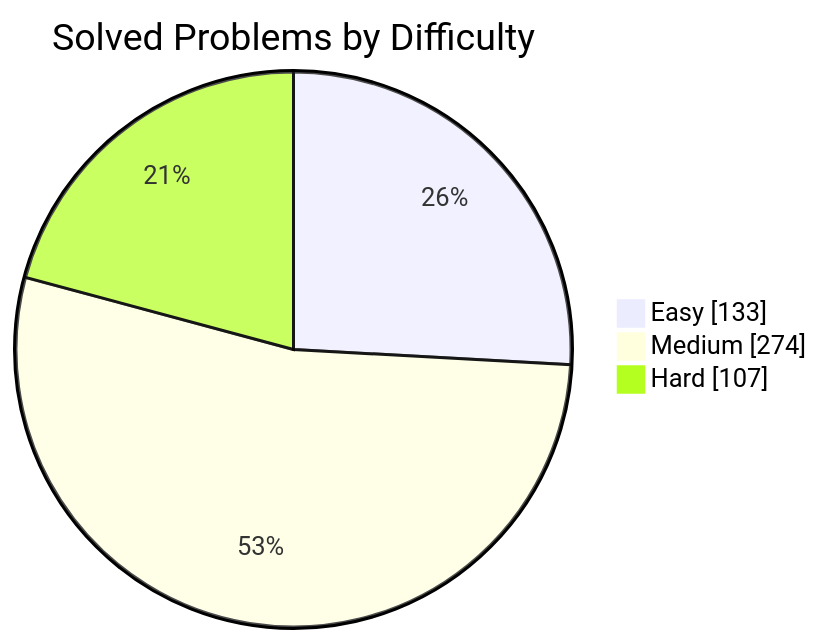
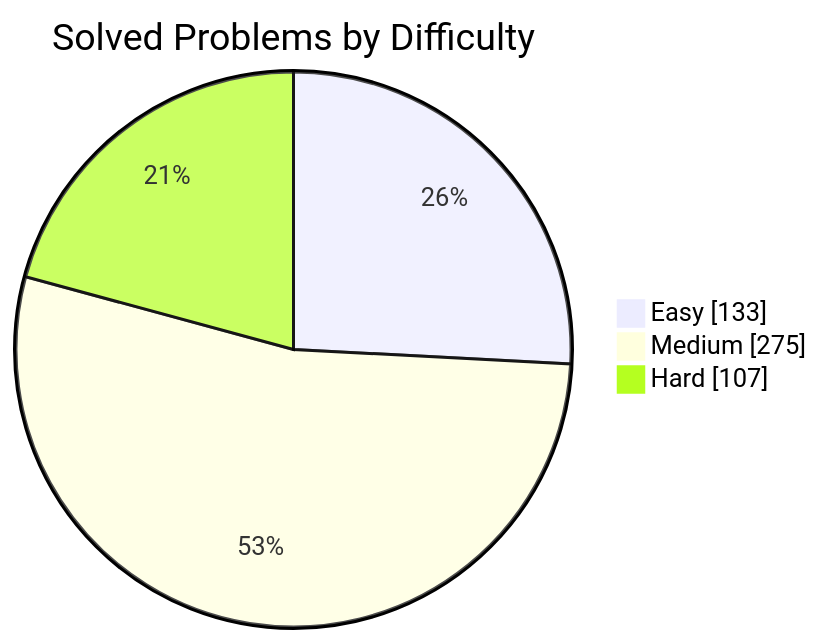
Before and after one commit to manikantbindass/DSA-Preparation-FAANG: the first of 2 diagrams in README.md, drawn with Mermaid. The commit also changed other lines of this file and 1 other file, not shown here.

````diff
--- a/README.md
+++ b/README.md
@@ -79,7 +79,7 @@
 ```mermaid
 pie showData
     title Solved Problems by Difficulty
     "Easy" : 133
-    "Medium" : 274
+    "Medium" : 275
     "Hard" : 107
 ```
````
